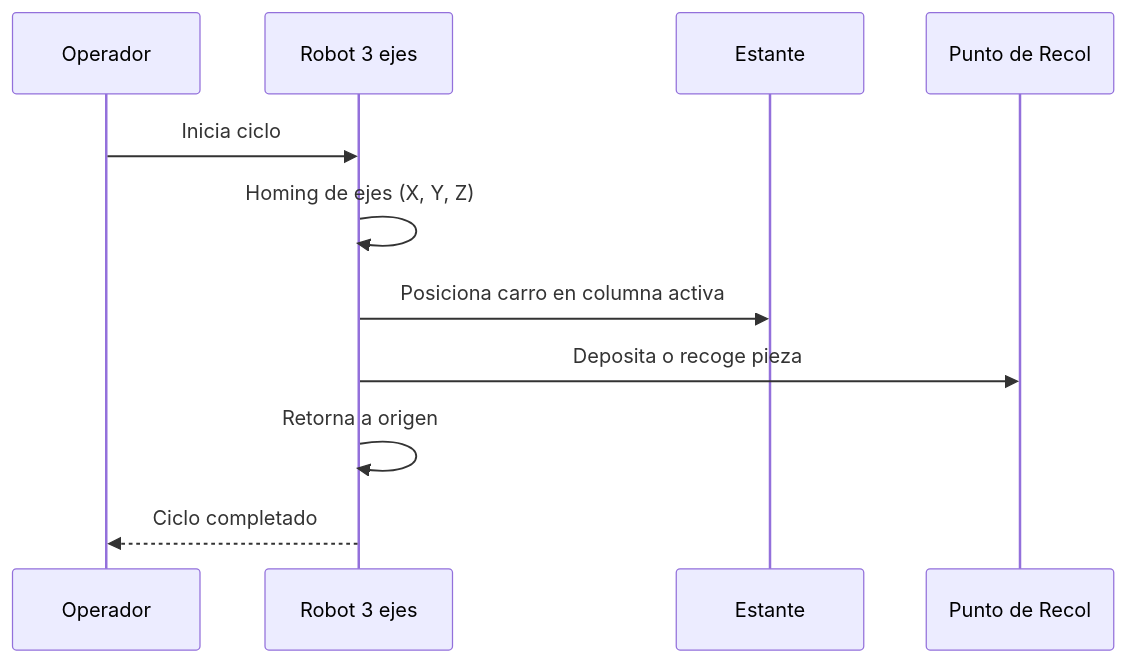
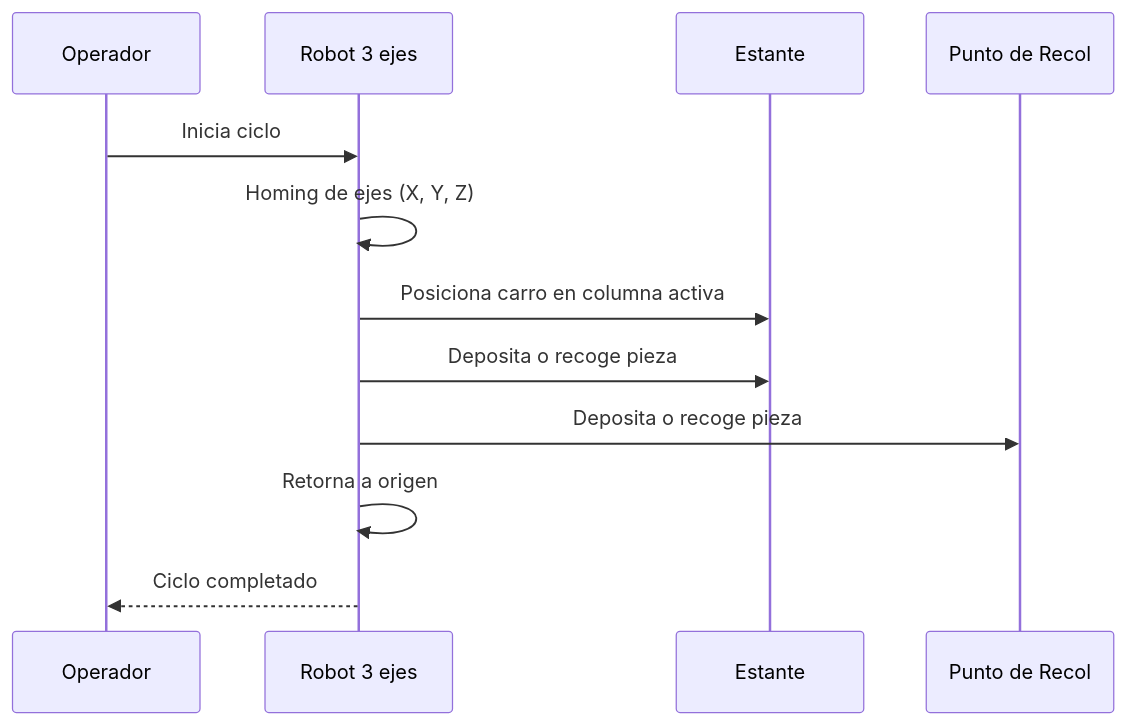
One commit to SB-312/Proyecto-Intermedio-IIoT changed the second of 4 diagrams in README.md. Above: the diagram before and after it, drawn with Mermaid.

````diff
--- a/README.md
+++ b/README.md
@@ -105,13 +105,14 @@
 ```mermaid
 sequenceDiagram
     participant Operador
     participant Robot as Robot 3 ejes
     participant Estante
 
     Operador->>Robot: Inicia ciclo
     Robot->>Robot: Homing de ejes (X, Y, Z)
     Robot->>Estante: Posiciona carro en columna activa
+    Robot->>Estante: Deposita o recoge pieza
     Robot->>Punto de Recol: Deposita o recoge pieza
     Robot->>Robot: Retorna a origen
     Robot-->>Operador: Ciclo completado
 ```
````
